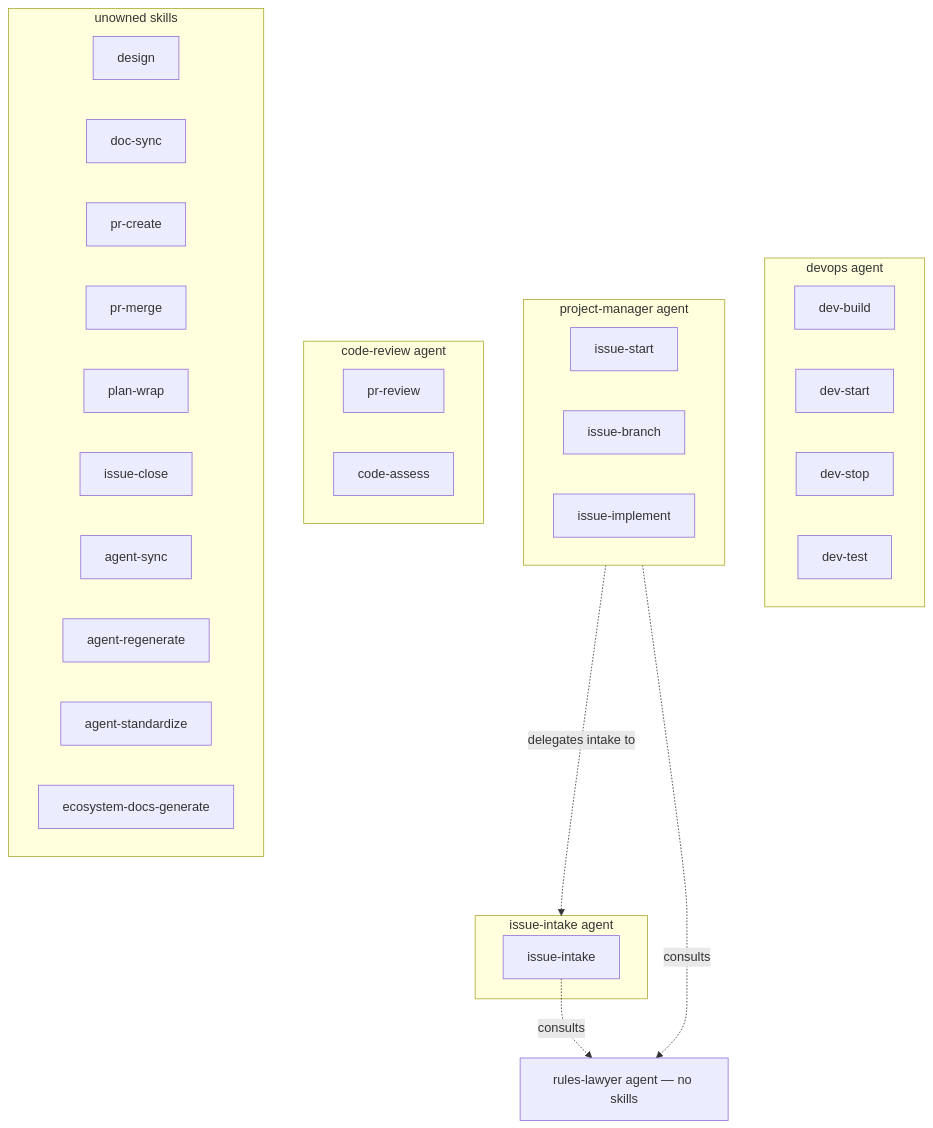
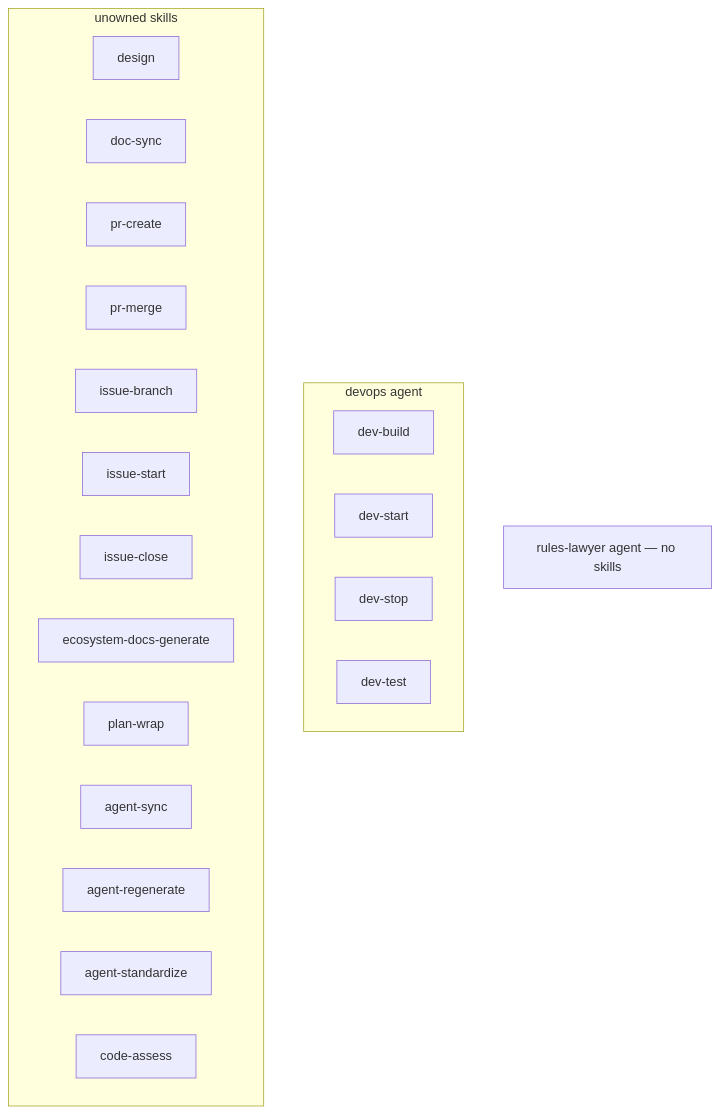
One commit to ashitaka-emishi/lob-online changed the first of 2 diagrams in docs/claude-ecosystem/network-diagram.md. Above: the diagram before and after it, drawn with Mermaid. The commit also changed other lines of this file and 9 other files, not shown here.

````diff
--- a/docs/claude-ecosystem/network-diagram.md
+++ b/docs/claude-ecosystem/network-diagram.md
@@ -21,43 +21,27 @@
 ```mermaid
 graph TD
   subgraph devops[devops agent]
     dev-build
     dev-start
     dev-stop
     dev-test
   end
 
-  subgraph pm[project-manager agent]
-    issue-start
-    issue-branch
-    issue-implement
-  end
-
-  subgraph ii[issue-intake agent]
-    issue-intake
-  end
-
-  subgraph cr[code-review agent]
-    pr-review
-    code-assess
-  end
-
   rl[rules-lawyer agent — no skills]
 
   subgraph standalone[unowned skills]
     design
     doc-sync
     pr-create
     pr-merge
+    issue-branch
+    issue-start
+    issue-close
+    ecosystem-docs-generate
     plan-wrap
-    issue-close
     agent-sync
     agent-regenerate
     agent-standardize
-    ecosystem-docs-generate
+    code-assess
   end
-
-  issue-intake -.->|consults| rl
-  pm -.->|delegates intake to| ii
-  pm -.->|consults| rl
 ```
````
